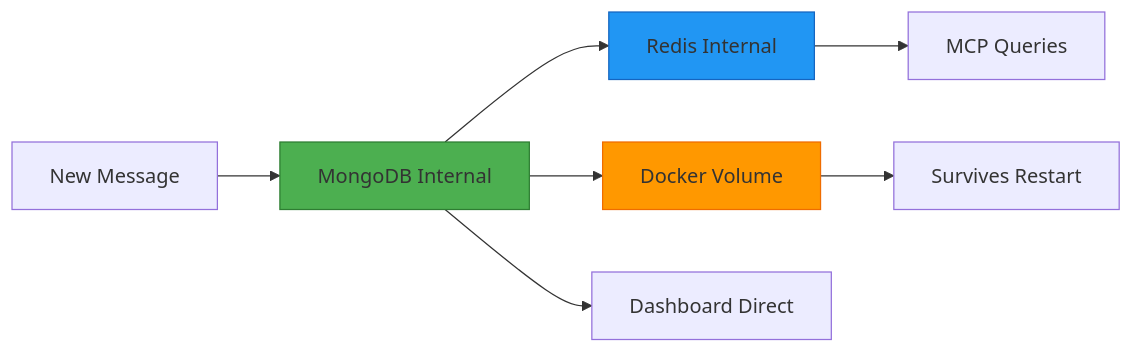
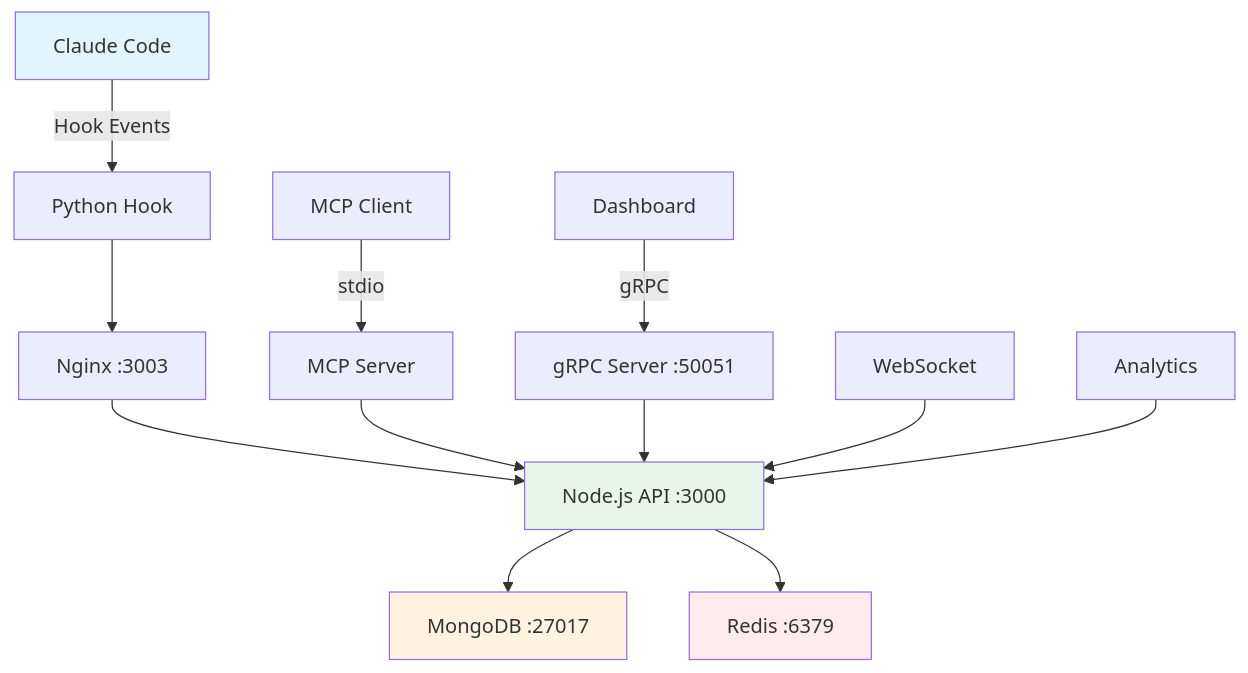
The diagram in README.md (LucianoRicardo737/claude-conversation-logger), drawn with Mermaid before and after one commit. The commit also changed other lines of this file, not shown here.

````diff
--- a/README.md
+++ b/README.md
@@ -638,13 +70,22 @@
 ```mermaid
-graph LR
-    A[New Message] --> B[MongoDB Internal]
-    B --> C[Redis Internal]  
-    B --> E[Docker Volume]
-    C --> D[MCP Queries]
-    B --> F[Dashboard Direct]
-    E --> G[Survives Restart]
+graph TD
+    A[Claude Code] -->|Hook Events| B[Python Hook]
+    B --> C[Nginx :3003]
+    C --> D[Node.js API :3000]
+    D --> E[MongoDB :27017]
+    D --> F[Redis :6379]
     
-    style B fill:#4caf50,stroke:#2e7d32
-    style C fill:#2196f3,stroke:#1565c0
-    style E fill:#ff9800,stroke:#ef6c00
+    G[MCP Client] -->|stdio| H[MCP Server]
+    H --> D
+    
+    I[Dashboard] -->|gRPC| J[gRPC Server :50051]
+    J --> D
+    
+    K[WebSocket] --> D
+    L[Analytics] --> D
+    
+    style A fill:#e1f5fe
+    style D fill:#e8f5e8
+    style E fill:#fff3e0
+    style F fill:#ffebee
 ```
````
